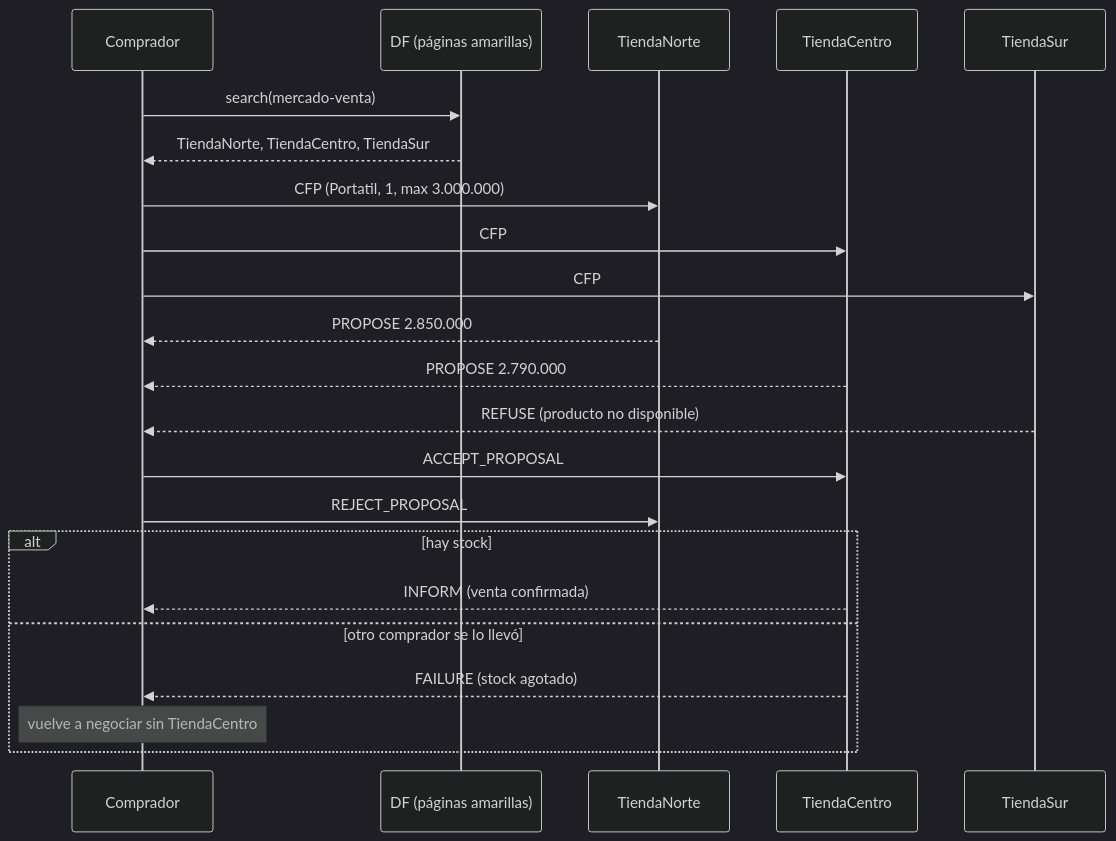
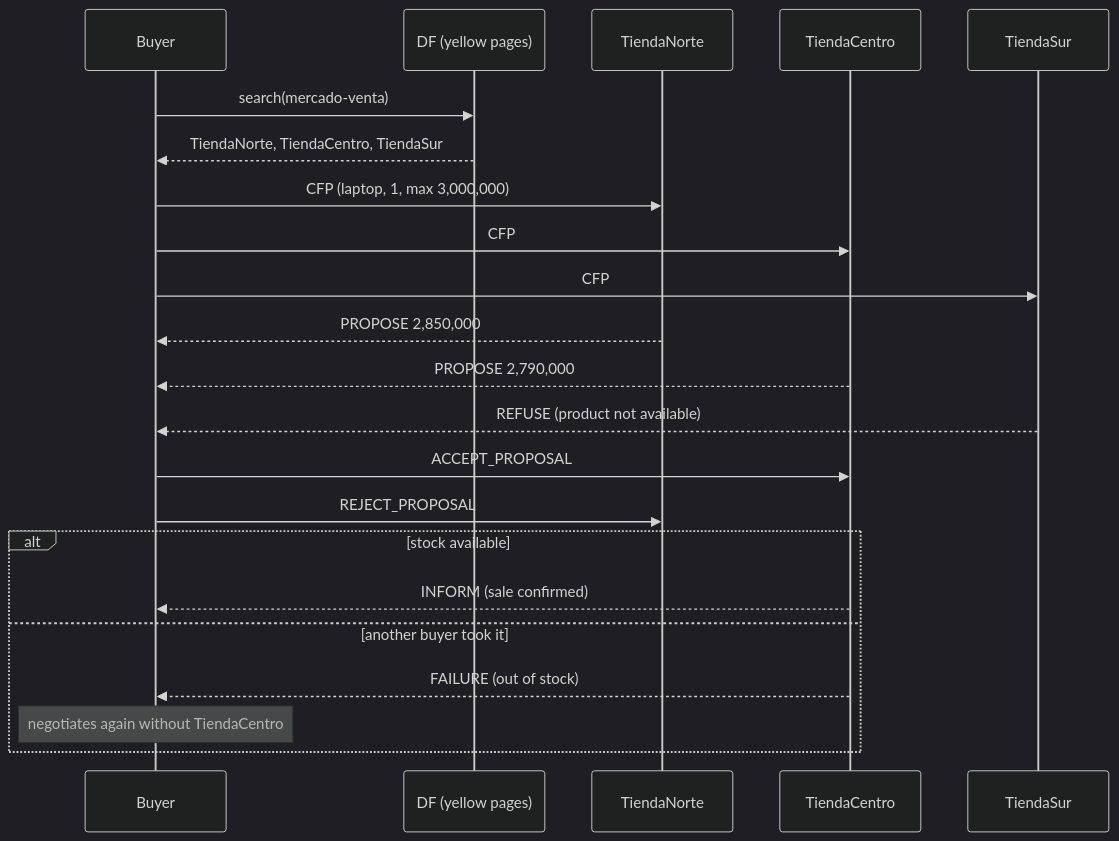
Before and after one commit to JohnDavidV/MercadoAgentes: the diagram in README.md, drawn with Mermaid (dark theme). The commit also changed other lines of this file, not shown here.

````diff
--- a/README.md
+++ b/README.md
@@ -29,25 +34,25 @@
 ```mermaid
 sequenceDiagram
-    participant C as Comprador
-    participant DF as DF (páginas amarillas)
-    participant T1 as TiendaNorte
-    participant T2 as TiendaCentro
-    participant T3 as TiendaSur
+    participant B as Buyer
+    participant DF as DF (yellow pages)
+    participant S1 as TiendaNorte
+    participant S2 as TiendaCentro
+    participant S3 as TiendaSur
 
-    C->>DF: search(mercado-venta)
-    DF-->>C: TiendaNorte, TiendaCentro, TiendaSur
-    C->>T1: CFP (Portatil, 1, max 3.000.000)
-    C->>T2: CFP
-    C->>T3: CFP
-    T1-->>C: PROPOSE 2.850.000
-    T2-->>C: PROPOSE 2.790.000
-    T3-->>C: REFUSE (producto no disponible)
-    C->>T2: ACCEPT_PROPOSAL
-    C->>T1: REJECT_PROPOSAL
-    alt hay stock
-        T2-->>C: INFORM (venta confirmada)
-    else otro comprador se lo llevó
-        T2-->>C: FAILURE (stock agotado)
-        Note over C: vuelve a negociar sin TiendaCentro
+    B->>DF: search(mercado-venta)
+    DF-->>B: TiendaNorte, TiendaCentro, TiendaSur
+    B->>S1: CFP (laptop, 1, max 3,000,000)
+    B->>S2: CFP
+    B->>S3: CFP
+    S1-->>B: PROPOSE 2,850,000
+    S2-->>B: PROPOSE 2,790,000
+    S3-->>B: REFUSE (product not available)
+    B->>S2: ACCEPT_PROPOSAL
+    B->>S1: REJECT_PROPOSAL
+    alt stock available
+        S2-->>B: INFORM (sale confirmed)
+    else another buyer took it
+        S2-->>B: FAILURE (out of stock)
+        Note over B: negotiates again without TiendaCentro
     end
 ```
````
